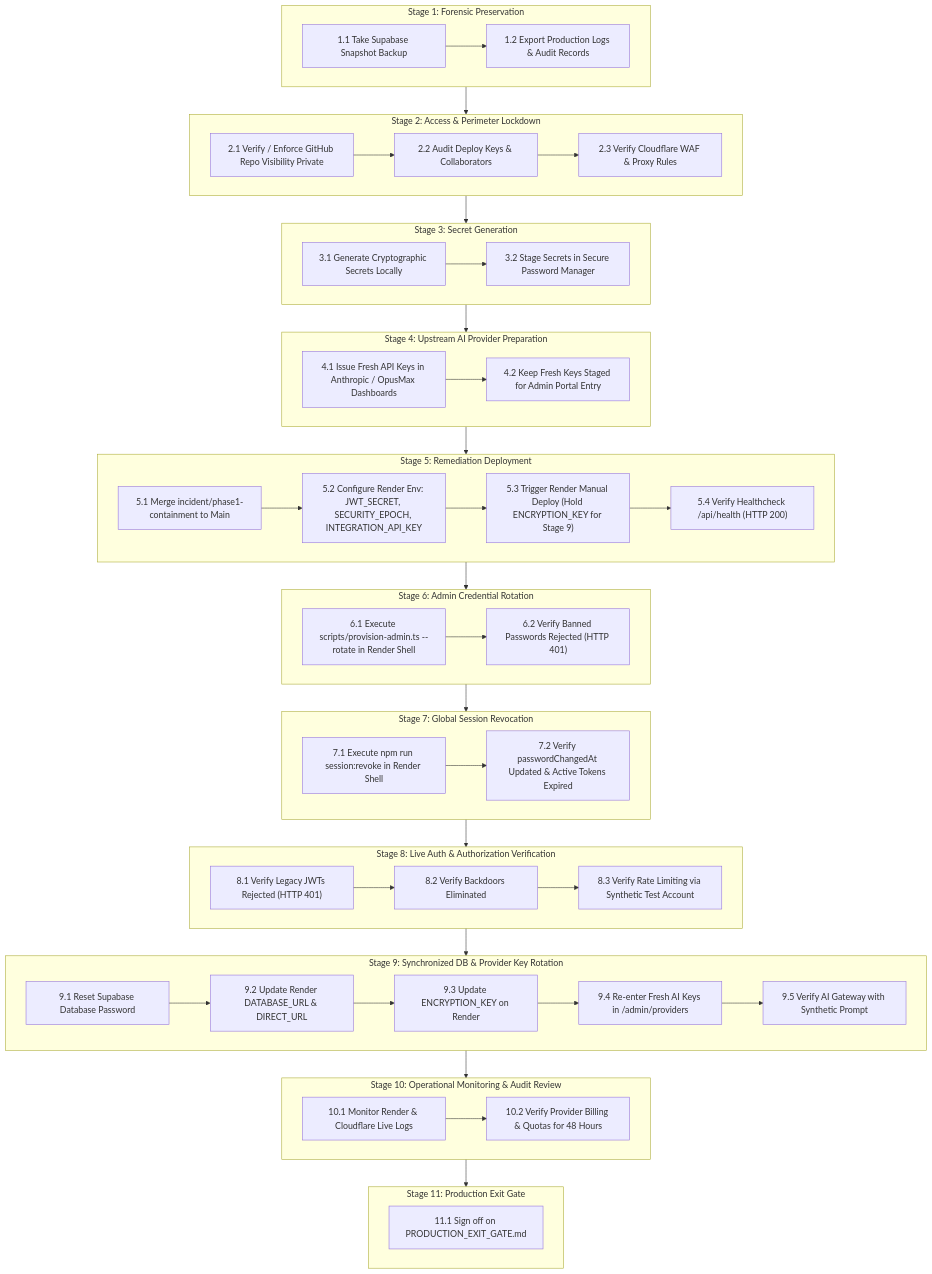
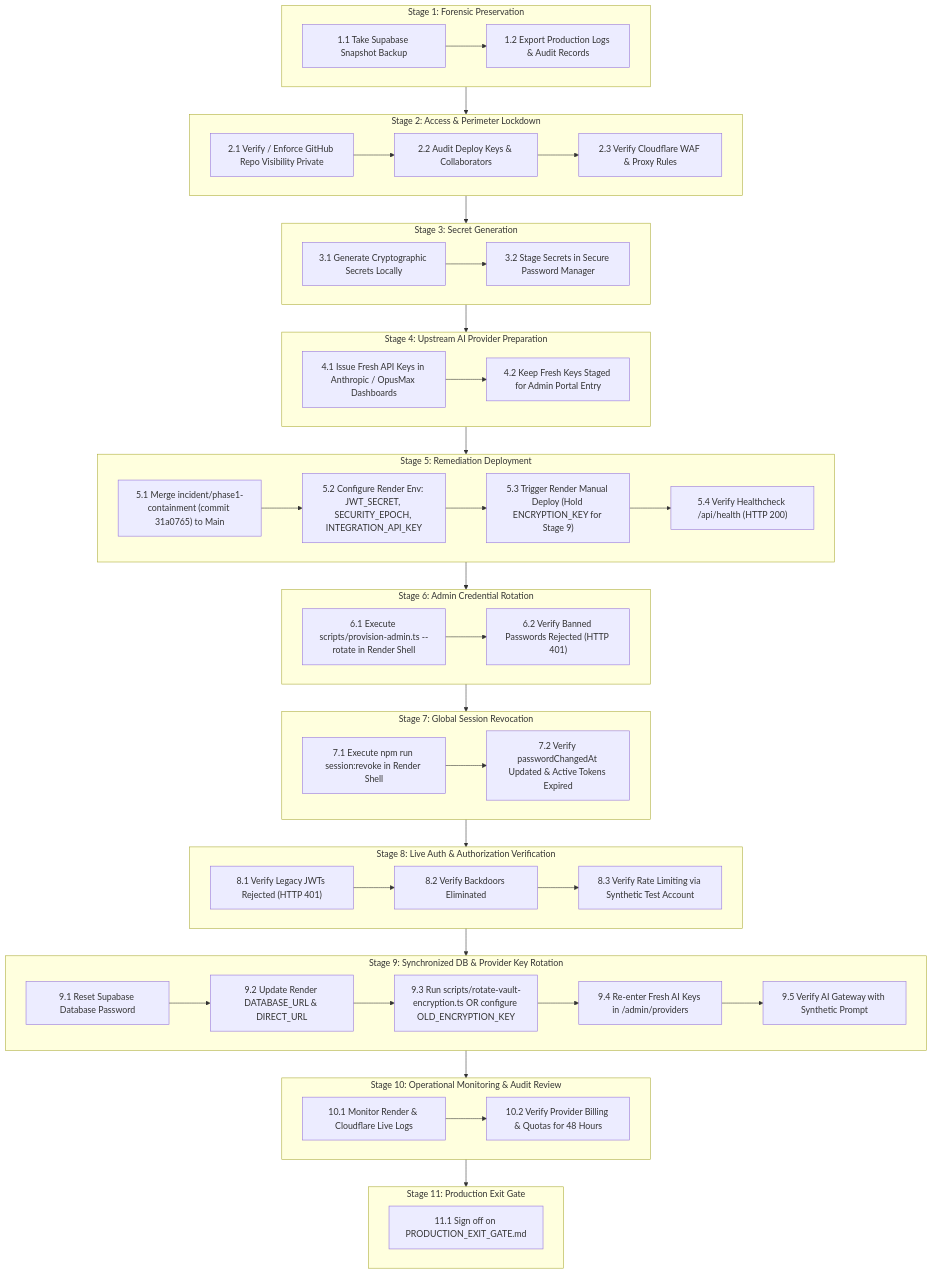
The diagram in docs/security/PRODUCTION_CONTAINMENT_RUNBOOK.md (HopUppper/lightningdeals-api), drawn with Mermaid before and after one commit. The commit also changed other lines of this file and 2 other files, not shown here.

First line of the commit message:
docs(security): Final pre-production approval review and containment runbook update

````diff
--- a/docs/security/PRODUCTION_CONTAINMENT_RUNBOOK.md
+++ b/docs/security/PRODUCTION_CONTAINMENT_RUNBOOK.md
@@ -51,64 +52,64 @@
 ```mermaid
 flowchart TD
     subgraph STAGE_1 ["Stage 1: Forensic Preservation"]
         S1A["1.1 Take Supabase Snapshot Backup"] --> S1B["1.2 Export Production Logs & Audit Records"]
     end
 
     subgraph STAGE_2 ["Stage 2: Access & Perimeter Lockdown"]
         S2A["2.1 Verify / Enforce GitHub Repo Visibility Private"] --> S2B["2.2 Audit Deploy Keys & Collaborators"]
         S2B --> S2C["2.3 Verify Cloudflare WAF & Proxy Rules"]
     end
 
     subgraph STAGE_3 ["Stage 3: Secret Generation"]
         S3A["3.1 Generate Cryptographic Secrets Locally"] --> S3B["3.2 Stage Secrets in Secure Password Manager"]
     end
 
     subgraph STAGE_4 ["Stage 4: Upstream AI Provider Preparation"]
         S4A["4.1 Issue Fresh API Keys in Anthropic / OpusMax Dashboards"] --> S4B["4.2 Keep Fresh Keys Staged for Admin Portal Entry"]
     end
 
     subgraph STAGE_5 ["Stage 5: Remediation Deployment"]
-        S5A["5.1 Merge incident/phase1-containment to Main"] --> S5B["5.2 Configure Render Env: JWT_SECRET, SECURITY_EPOCH, INTEGRATION_API_KEY"]
+        S5A["5.1 Merge incident/phase1-containment (commit 31a0765) to Main"] --> S5B["5.2 Configure Render Env: JWT_SECRET, SECURITY_EPOCH, INTEGRATION_API_KEY"]
         S5B --> S5C["5.3 Trigger Render Manual Deploy (Hold ENCRYPTION_KEY for Stage 9)"]
         S5C --> S5D["5.4 Verify Healthcheck /api/health (HTTP 200)"]
     end
 
     subgraph STAGE_6 ["Stage 6: Admin Credential Rotation"]
         S6A["6.1 Execute scripts/provision-admin.ts --rotate in Render Shell"] --> S6B["6.2 Verify Banned Passwords Rejected (HTTP 401)"]
     end
 
     subgraph STAGE_7 ["Stage 7: Global Session Revocation"]
         S7A["7.1 Execute npm run session:revoke in Render Shell"] --> S7B["7.2 Verify passwordChangedAt Updated & Active Tokens Expired"]
     end
 
     subgraph STAGE_8 ["Stage 8: Live Auth & Authorization Verification"]
         S8A["8.1 Verify Legacy JWTs Rejected (HTTP 401)"] --> S8B["8.2 Verify Backdoors Eliminated"]
         S8B --> S8C["8.3 Verify Rate Limiting via Synthetic Test Account"]
     end
 
     subgraph STAGE_9 ["Stage 9: Synchronized DB & Provider Key Rotation"]
         S9A["9.1 Reset Supabase Database Password"] --> S9B["9.2 Update Render DATABASE_URL & DIRECT_URL"]
-        S9B --> S9C["9.3 Update ENCRYPTION_KEY on Render"]
+        S9B --> S9C["9.3 Run scripts/rotate-vault-encryption.ts OR configure OLD_ENCRYPTION_KEY"]
         S9C --> S9D["9.4 Re-enter Fresh AI Keys in /admin/providers"]
         S9D --> S9E["9.5 Verify AI Gateway with Synthetic Prompt"]
     end
 
     subgraph STAGE_10 ["Stage 10: Operational Monitoring & Audit Review"]
         S10A["10.1 Monitor Render & Cloudflare Live Logs"] --> S10B["10.2 Verify Provider Billing & Quotas for 48 Hours"]
     end
 
     subgraph STAGE_11 ["Stage 11: Production Exit Gate"]
         S11A["11.1 Sign off on PRODUCTION_EXIT_GATE.md"]
     end
 
     STAGE_1 --> STAGE_2
     STAGE_2 --> STAGE_3
     STAGE_3 --> STAGE_4
     STAGE_4 --> STAGE_5
     STAGE_5 --> STAGE_6
     STAGE_6 --> STAGE_7
     STAGE_7 --> STAGE_8
     STAGE_8 --> STAGE_9
     STAGE_9 --> STAGE_10
     STAGE_10 --> STAGE_11
 ```
````
